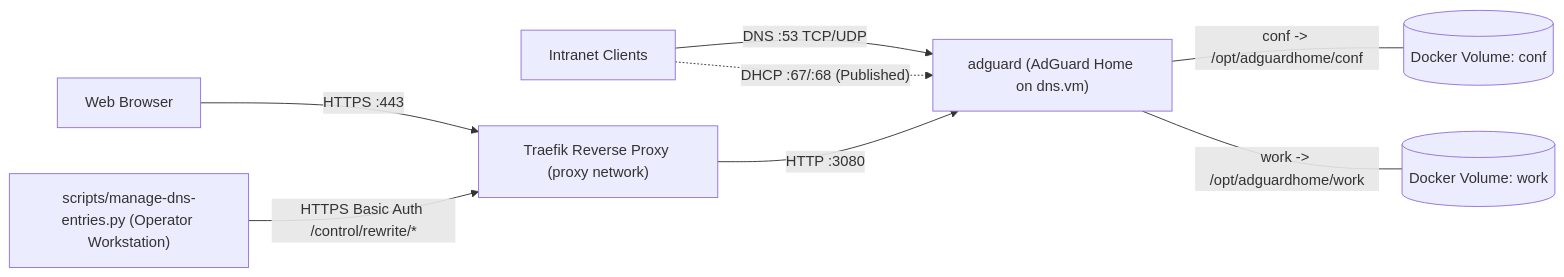
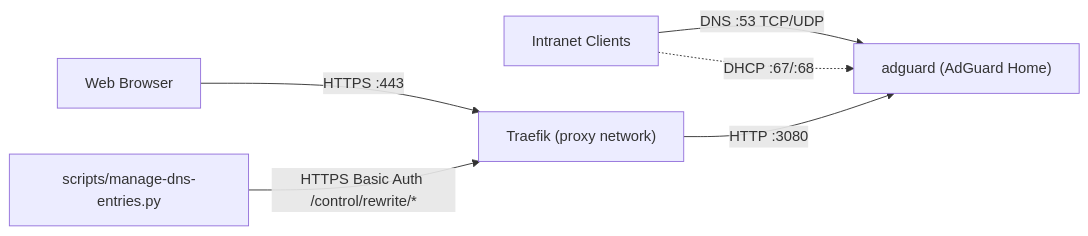
The diagram in README.md (lbarczynski-home-lab/adguard-home), drawn with Mermaid before and after one commit. The commit also changed other lines of this file, not shown here.

Commit message:
docs(adguard-home): slim README to focus on architecture, decisions, and DNS CLI

````diff
--- a/README.md
+++ b/README.md
@@ -21,11 +19,8 @@
 ```mermaid
 flowchart LR
-    LAN["Intranet Clients"] -->|"DNS :53 TCP/UDP"| AGH["adguard (AdGuard Home on dns.vm)"]
-    LAN -.->|"DHCP :67/:68 (Published)"| AGH
-    Admin["Web Browser"] -->|"HTTPS :443"| Traefik["Traefik Reverse Proxy (proxy network)"]
+    LAN["Intranet Clients"] -->|"DNS :53 TCP/UDP"| AGH["adguard (AdGuard Home)"]
+    LAN -.->|"DHCP :67/:68"| AGH
+    Admin["Web Browser"] -->|"HTTPS :443"| Traefik["Traefik (proxy network)"]
+    CLI["scripts/manage-dns-entries.py"] -->|"HTTPS Basic Auth /control/rewrite/*"| Traefik
     Traefik -->|"HTTP :3080"| AGH
-    CLI["scripts/manage-dns-entries.py (Operator Workstation)"] -->|"HTTPS Basic Auth /control/rewrite/*"| Traefik
-
-    AGH ---|"conf -> /opt/adguardhome/conf"| ConfVol[("Docker Volume: conf")]
-    AGH ---|"work -> /opt/adguardhome/work"| WorkVol[("Docker Volume: work")]
 ```
````
